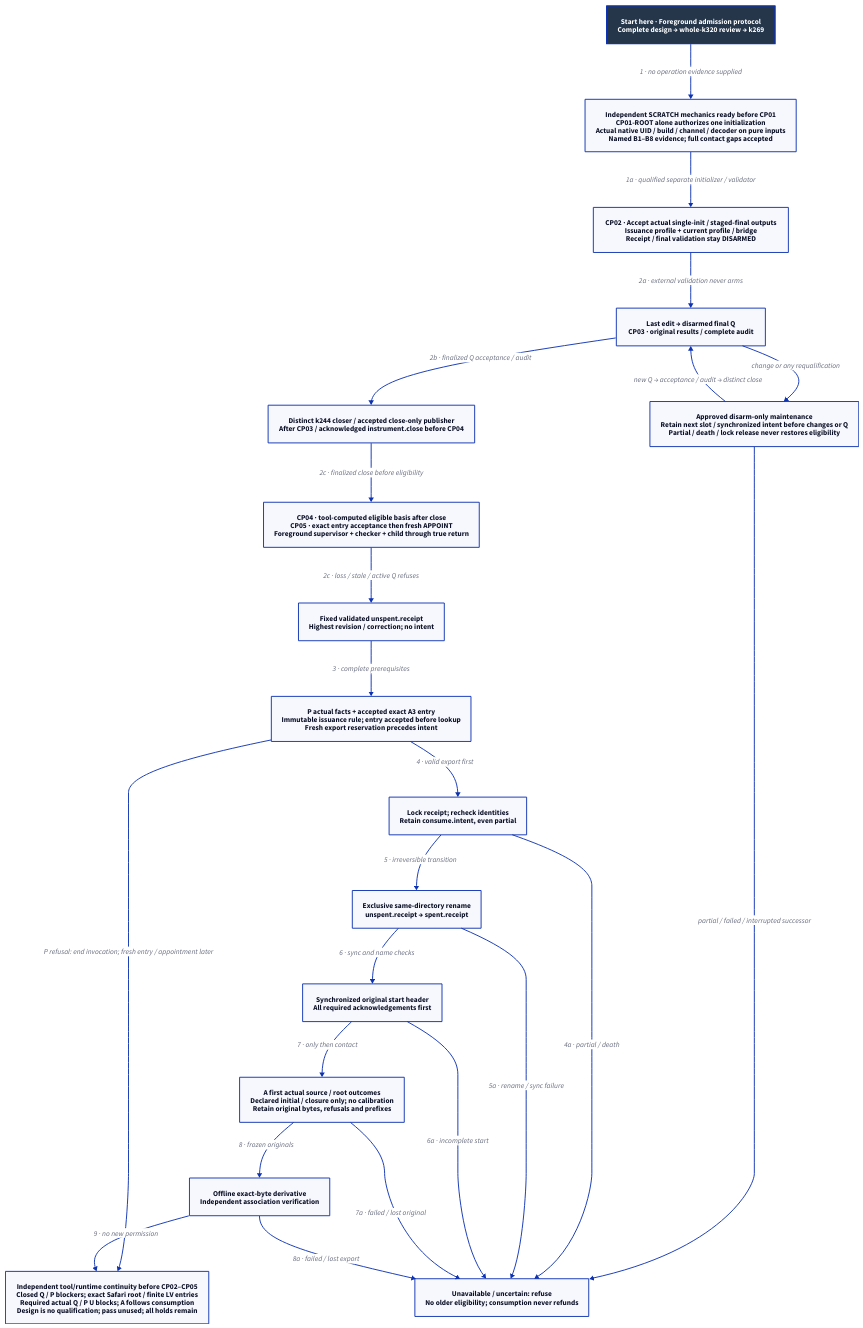
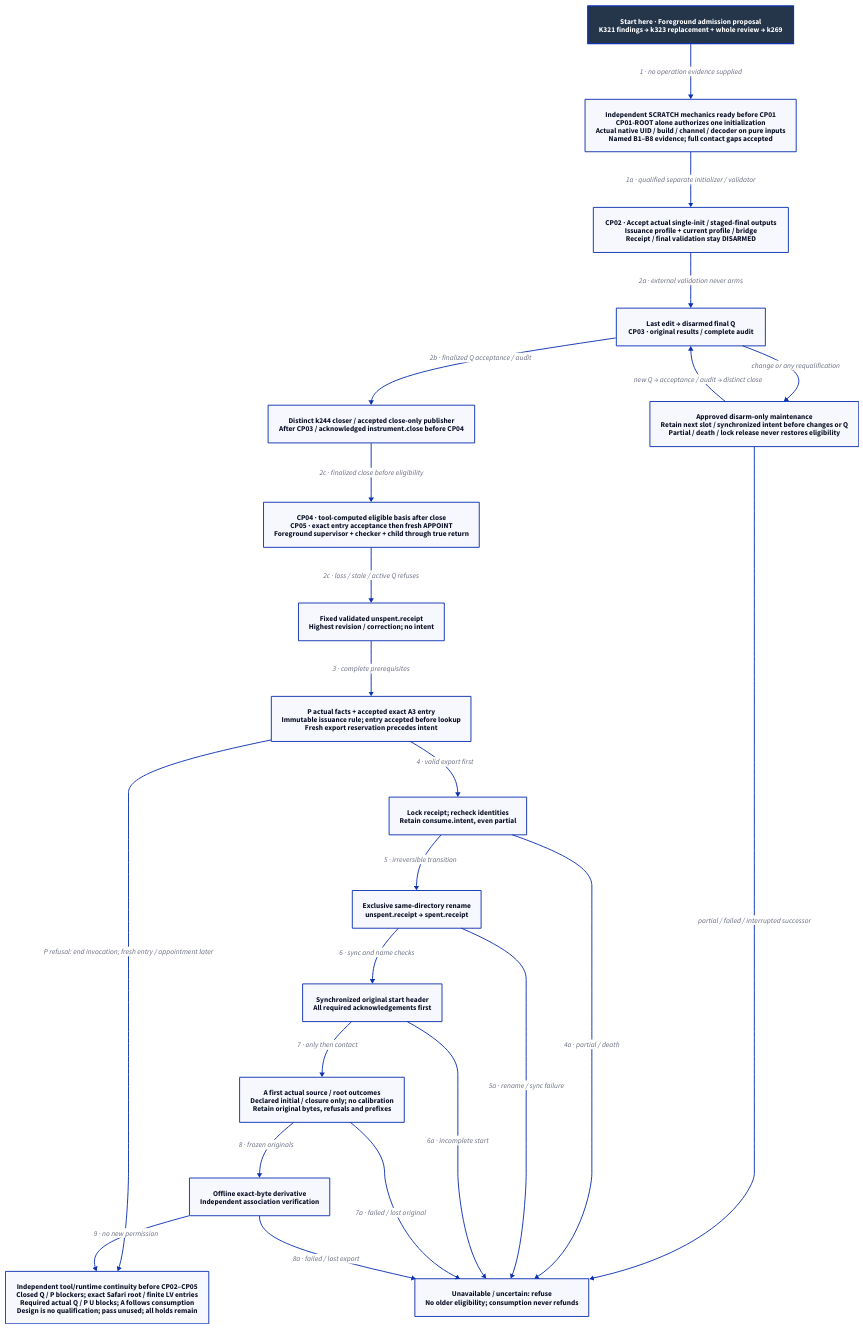
The diagram in docs/design/architecture/native-reference-admission.d2 (Linkuistics/Koine), drawn with D2 before and after one commit. The commit also changed 48 other files, not shown here.

Commit message:
Integrate practical admission review and place its complete repair (reference-evidence-practical-admission-k322)

```diff
--- a/docs/design/architecture/native-reference-admission.d2
+++ b/docs/design/architecture/native-reference-admission.d2
@@ -1,43 +1,43 @@
 # Proposed lifecycle; complete contract is normative and qualification remains due.
 direction: down
 classes: {
   start: {style: {fill: "#25364B"; font-color: "#FFFFFF"; bold: true; stroke-width: 3}}
 }
-Start: "Start here · Foreground admission protocol\nComplete design → whole-k320 review → k269" {class: start}
+Start: "Start here · Foreground admission proposal\nK321 findings → k323 replacement + whole review → k269" {class: start}
 Qualify: "Independent SCRATCH mechanics ready before CP01\nCP01-ROOT alone authorizes one initialization\nActual native UID / build / channel / decoder on pure inputs\nNamed B1–B8 evidence; full contact gaps accepted"
 Provision: "CP02 · Accept actual single-init / staged-final outputs\nIssuance profile + current profile / bridge\nReceipt / final validation stay DISARMED"
 Final: "Last edit → disarmed final Q\nCP03 · original results / complete audit"
 Release: "CP04 · tool-computed eligible basis after close\nCP05 · exact entry acceptance then fresh APPOINT\nForeground supervisor + checker + child through true return"
 Ready: "Fixed validated unspent.receipt\nHighest revision / correction; no intent"
 Export: "P actual facts + accepted exact A3 entry\nImmutable issuance rule; entry accepted before lookup\nFresh export reservation precedes intent"
 Intent: "Lock receipt; recheck identities\nRetain consume.intent, even partial"
 Spent: "Exclusive same-directory rename\nunspent.receipt → spent.receipt"
 Original: "Synchronized original start header\nAll required acknowledgements first"
 Capture: "A first actual source / root outcomes\nDeclared initial / closure only; no calibration\nRetain original bytes, refusals and prefixes"
 Derivative: "Offline exact-byte derivative\nIndependent association verification"
 Refuse: "Unavailable / uncertain: refuse\nNo older eligibility; consumption never refunds"
 Limit: "Independent tool/runtime continuity before CP02–CP05\nClosed Q / P blockers; exact Safari root / finite LV entries\nRequired actual Q / P U blocks; A follows consumption\nDesign is no qualification; pass unused; all holds remain"
 Maintenance: "Approved disarm-only maintenance\nRetain next slot / synchronized intent before changes or Q\nPartial / death / lock release never restores eligibility"
 Start -> Qualify: "1 · no operation evidence supplied"
 Qualify -> Provision: "1a · qualified separate initializer / validator"
 Provision -> Final: "2a · external validation never arms"
 Close: "Distinct k244 closer / accepted close-only publisher\nAfter CP03 / acknowledged instrument.close before CP04"
 Final -> Close: "2b · finalized Q acceptance / audit"
 Close -> Release: "2c · finalized close before eligibility"
 Final -> Maintenance: "change or any requalification"
 Maintenance -> Final: "new Q → acceptance / audit → distinct close"
 Maintenance -> Refuse: "partial / failed / interrupted successor"
 Release -> Ready: "2c · loss / stale / active Q refuses"
 Ready -> Export: "3 · complete prerequisites"
 Export -> Intent: "4 · valid export first"
 Export -> Limit: "P refusal: end invocation; fresh entry / appointment later"
 Intent -> Spent: "5 · irreversible transition"
 Spent -> Original: "6 · sync and name checks"
 Original -> Capture: "7 · only then contact"
 Capture -> Derivative: "8 · frozen originals"
 Derivative -> Limit: "9 · no new permission"
 Intent -> Refuse: "4a · partial / death"
 Spent -> Refuse: "5a · rename / sync failure"
 Original -> Refuse: "6a · incomplete start"
 Capture -> Refuse: "7a · failed / lost original"
 Derivative -> Refuse: "8a · failed / lost export"
```
